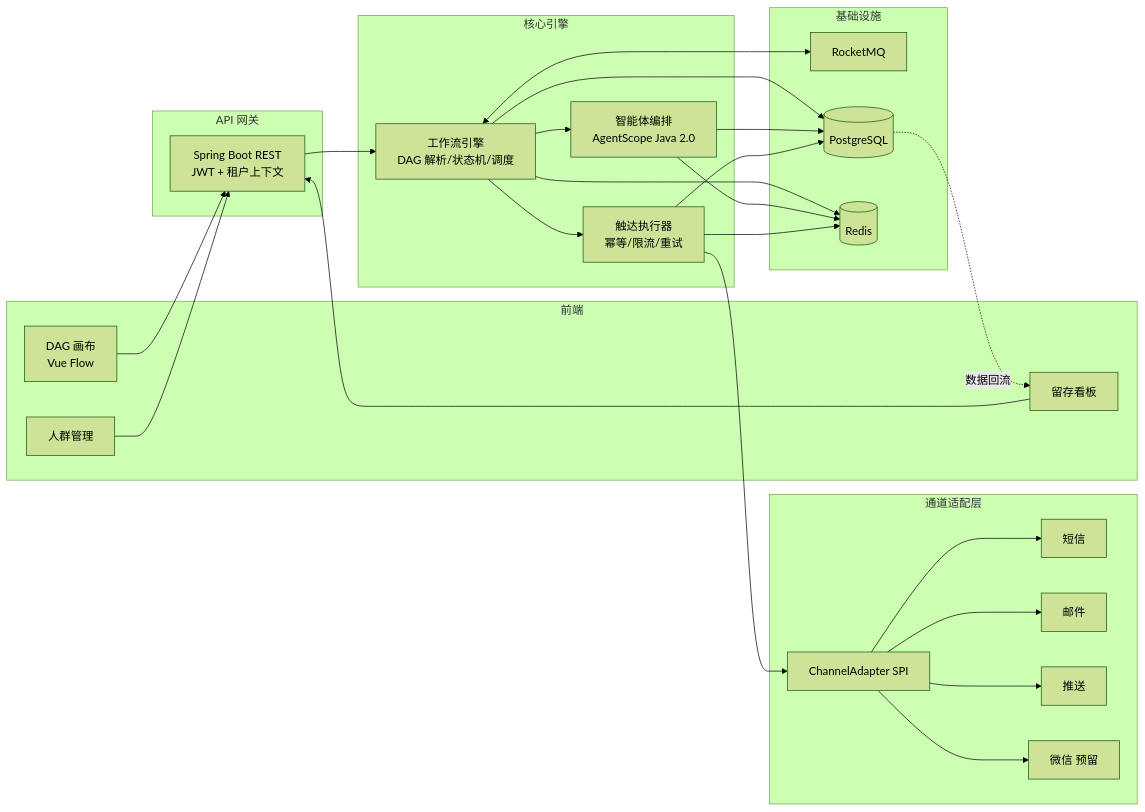
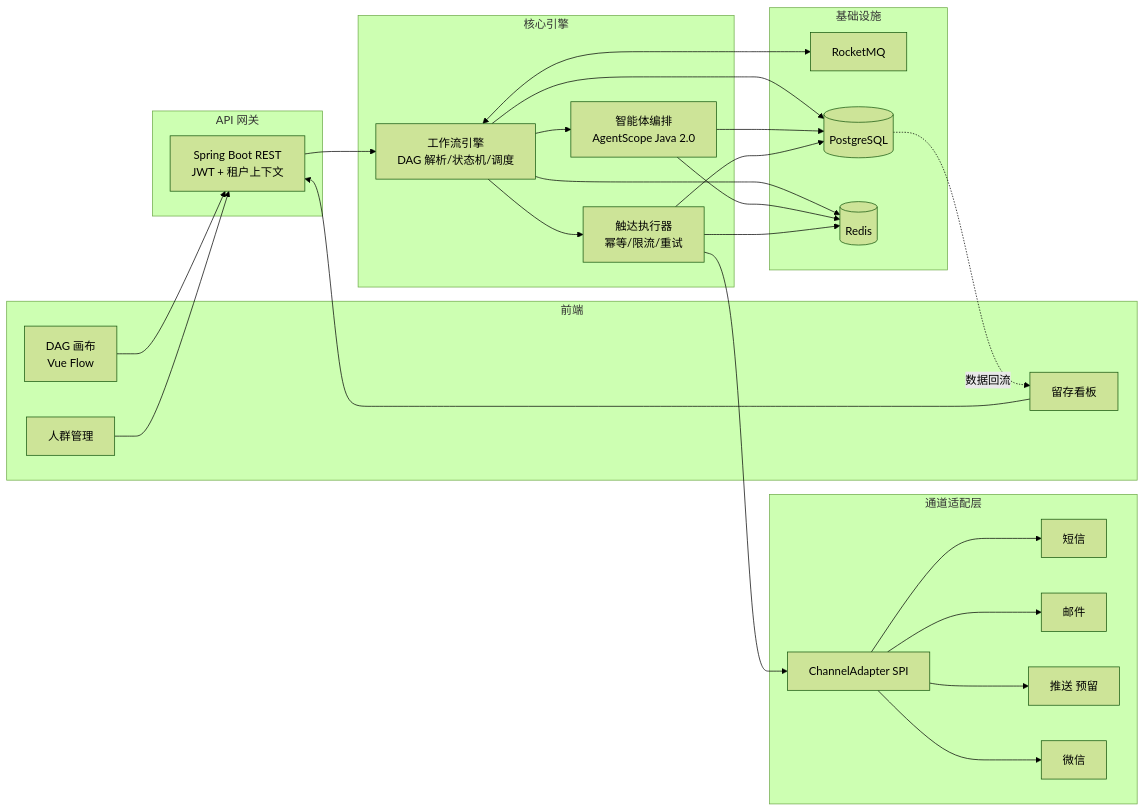
Before and after one commit to heheshang/ea-sys: the diagram in docs/01-architecture.md, drawn with Mermaid (forest theme). The commit also changed 8 other files, not shown here.

````diff
--- a/docs/01-architecture.md
+++ b/docs/01-architecture.md
@@ -9,39 +9,39 @@
 ```mermaid
 flowchart LR
     subgraph 前端
       Canvas[DAG 画布<br/>Vue Flow]
       Audit[人群管理]
       Board[留存看板]
     end
     subgraph API 网关
       GW[Spring Boot REST<br/>JWT + 租户上下文]
     end
     subgraph 核心引擎
       WE[工作流引擎<br/>DAG 解析/状态机/调度]
       AG[智能体编排<br/>AgentScope Java 2.0]
       EX[触达执行器<br/>幂等/限流/重试]
     end
     subgraph 基础设施
       MQ[RocketMQ]
       PG[(PostgreSQL)]
       RD[(Redis)]
     end
     subgraph 通道适配层
       SPI[ChannelAdapter SPI]
       SMS[短信]
       MAIL[邮件]
-      PUSH[推送]
-      WX[微信 预留]
+      PUSH[推送 预留]
+      WX[微信]
     end
     Canvas --> GW --> WE
     Audit --> GW
     Board --> GW
     WE --> AG
     WE <--> MQ
     WE --> EX
     EX --> SPI
     SPI --> SMS & MAIL & PUSH & WX
     WE & AG & EX --> PG
     WE & AG & EX --> RD
     PG -.数据回流.-> Board
 ```
````
